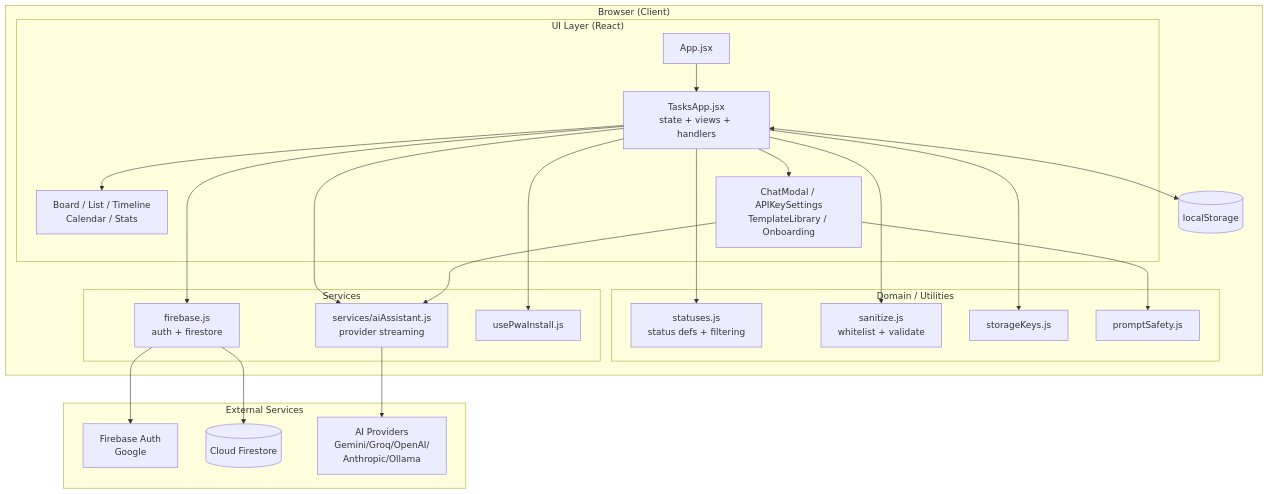
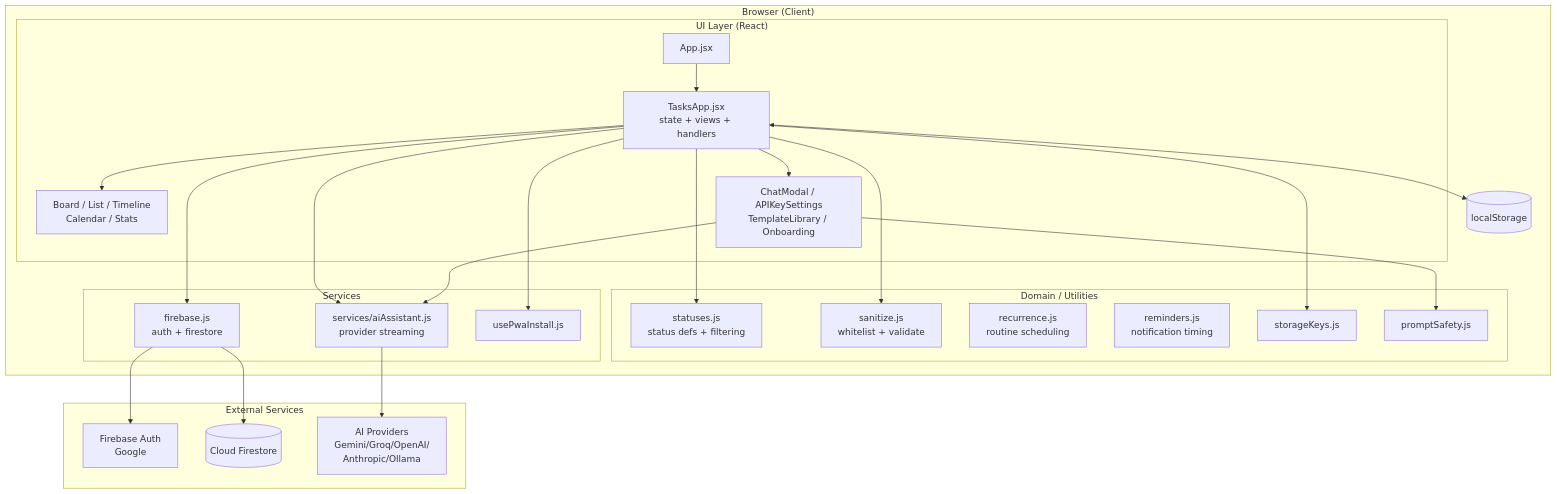
One commit to joka-7/KanDOne changed the first of 6 diagrams in docs/hld/hld.md. Above: the diagram before and after it, drawn with Mermaid. The commit also changed other lines of this file and 17 other files, not shown here.

````diff
--- a/docs/hld/hld.md
+++ b/docs/hld/hld.md
@@ -114,45 +121,47 @@
 ```mermaid
 graph TD
     subgraph Browser["Browser (Client)"]
         subgraph UI["UI Layer (React)"]
             APP[App.jsx]
             TA[TasksApp.jsx<br/>state + views + handlers]
             VIEWS[Board / List / Timeline<br/>Calendar / Stats]
             MODALS[ChatModal / APIKeySettings<br/>TemplateLibrary / Onboarding]
         end
         subgraph LOGIC["Domain / Utilities"]
             ST[statuses.js<br/>status defs + filtering]
             SAN[sanitize.js<br/>whitelist + validate]
+            REC[recurrence.js<br/>routine scheduling]
+            REM[reminders.js<br/>notification timing]
             SK[storageKeys.js]
             PS[promptSafety.js]
         end
         subgraph SVC["Services"]
             AI[services/aiAssistant.js<br/>provider streaming]
             FB[firebase.js<br/>auth + firestore]
             PWA[usePwaInstall.js]
         end
         LS[(localStorage)]
     end
 
     subgraph Cloud["External Services"]
         FAUTH[Firebase Auth<br/>Google]
         FS[(Cloud Firestore)]
         LLM[AI Providers<br/>Gemini/Groq/OpenAI/<br/>Anthropic/Ollama]
     end
 
     APP --> TA
     TA --> VIEWS
     TA --> MODALS
     TA --> ST
     TA --> SAN
     TA --> SK
     TA --> AI
     TA --> FB
     TA --> PWA
     TA <--> LS
     MODALS --> AI
     MODALS --> PS
     AI --> LLM
     FB --> FAUTH
     FB --> FS
 ```
````
